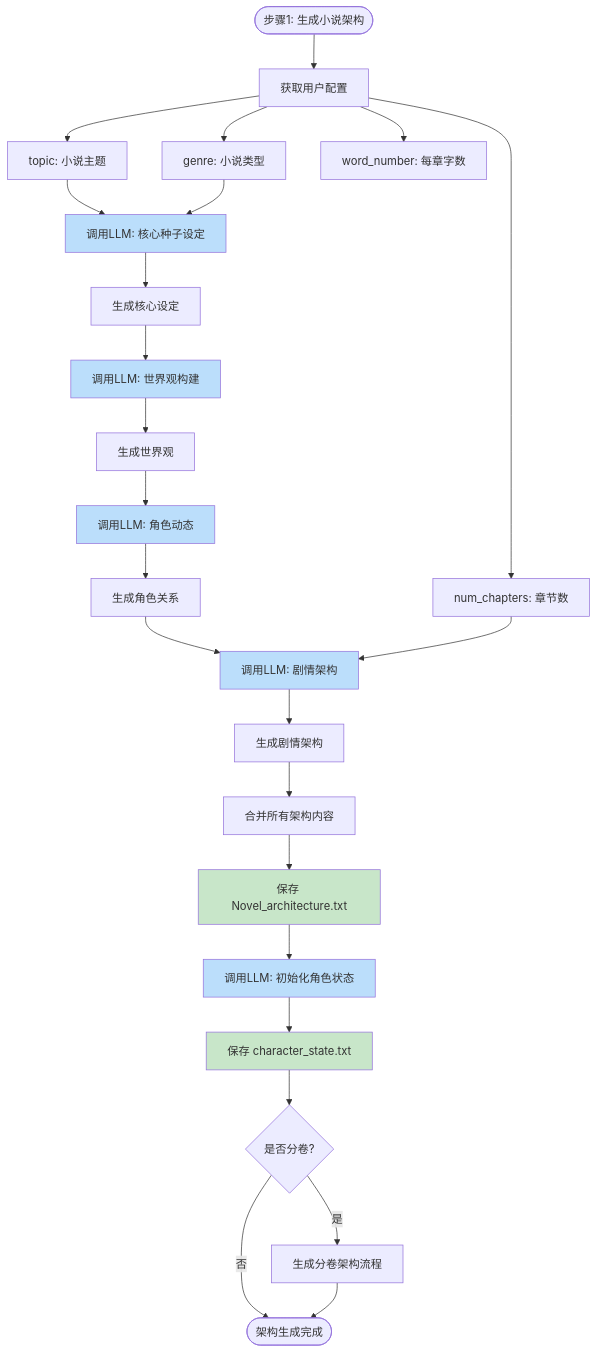
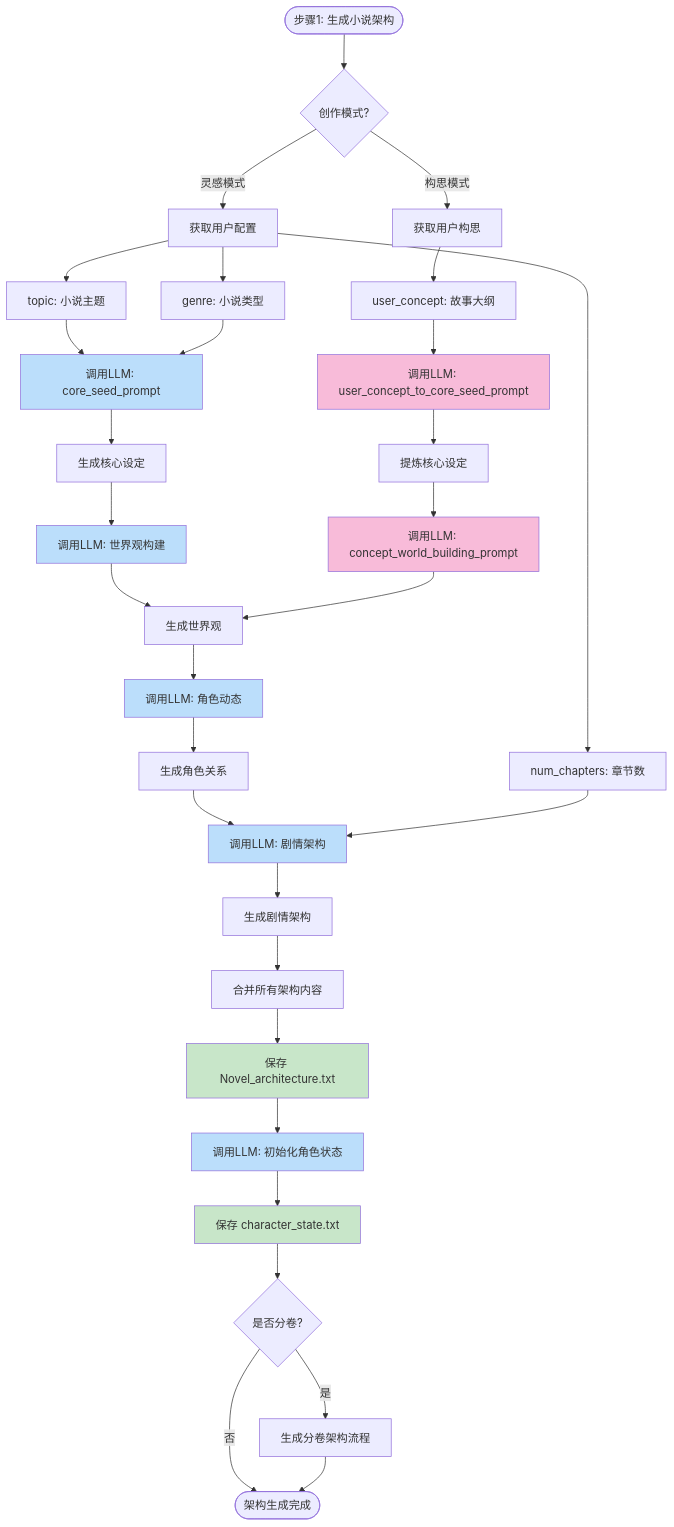
Before and after one commit to FredericMN/AutoNovel: the third of 12 diagrams in 小说生成流程图.md, drawn with Mermaid. The commit also changed other lines of this file and 2 other files, not shown here.

Commit message:
delete: remove AutoNovel 流程图 documentation file

````diff
--- a/小说生成流程图.md
+++ b/小说生成流程图.md
@@ -73,41 +153,51 @@
 ```mermaid
 flowchart TD
-    Start([步骤1: 生成小说架构]) --> Input[获取用户配置]
-    Input --> Topic[topic: 小说主题]
-    Input --> Genre[genre: 小说类型]
-    Input --> Chapters[num_chapters: 章节数]
-    Input --> Words[word_number: 每章字数]
+    Start([步骤1: 生成小说架构]) --> ModeCheck{创作模式?}
 
-    Topic --> LLM1[调用LLM: 核心种子设定]
+    ModeCheck -->|灵感模式| Input1[获取用户配置]
+    Input1 --> Topic[topic: 小说主题]
+    Input1 --> Genre[genre: 小说类型]
+    Input1 --> Chapters[num_chapters: 章节数]
+
+    Topic --> LLM1[调用LLM: core_seed_prompt]
     Genre --> LLM1
-    LLM1 --> CoreSeed[生成核心设定]
+    LLM1 --> CoreSeed1[生成核心设定]
 
-    CoreSeed --> LLM2[调用LLM: 世界观构建]
+    ModeCheck -->|构思模式| Input2[获取用户构思]
+    Input2 --> UserConcept[user_concept: 故事大纲]
+    UserConcept --> LLM1B[调用LLM: user_concept_to_core_seed_prompt]
+    LLM1B --> CoreSeed2[提炼核心设定]
+
+    CoreSeed1 --> LLM2[调用LLM: 世界观构建]
+    CoreSeed2 --> LLM2B[调用LLM: concept_world_building_prompt]
     LLM2 --> WorldBuild[生成世界观]
+    LLM2B --> WorldBuild
 
     WorldBuild --> LLM3[调用LLM: 角色动态]
     LLM3 --> CharDynamics[生成角色关系]
 
     CharDynamics --> LLM4[调用LLM: 剧情架构]
     Chapters --> LLM4
     LLM4 --> PlotArch[生成剧情架构]
 
     PlotArch --> Combine[合并所有架构内容]
     Combine --> SaveArch[保存 Novel_architecture.txt]
 
     SaveArch --> LLM5[调用LLM: 初始化角色状态]
     LLM5 --> SaveChar[保存 character_state.txt]
 
     SaveChar --> VolumeCheck{是否分卷?}
     VolumeCheck -->|是| VolumeFlow[生成分卷架构流程]
     VolumeCheck -->|否| End([架构生成完成])
     VolumeFlow --> End
 
     style LLM1 fill:#bbdefb
+    style LLM1B fill:#f8bbd9
     style LLM2 fill:#bbdefb
+    style LLM2B fill:#f8bbd9
     style LLM3 fill:#bbdefb
     style LLM4 fill:#bbdefb
     style LLM5 fill:#bbdefb
     style SaveArch fill:#c8e6c9
     style SaveChar fill:#c8e6c9
 ```
````
